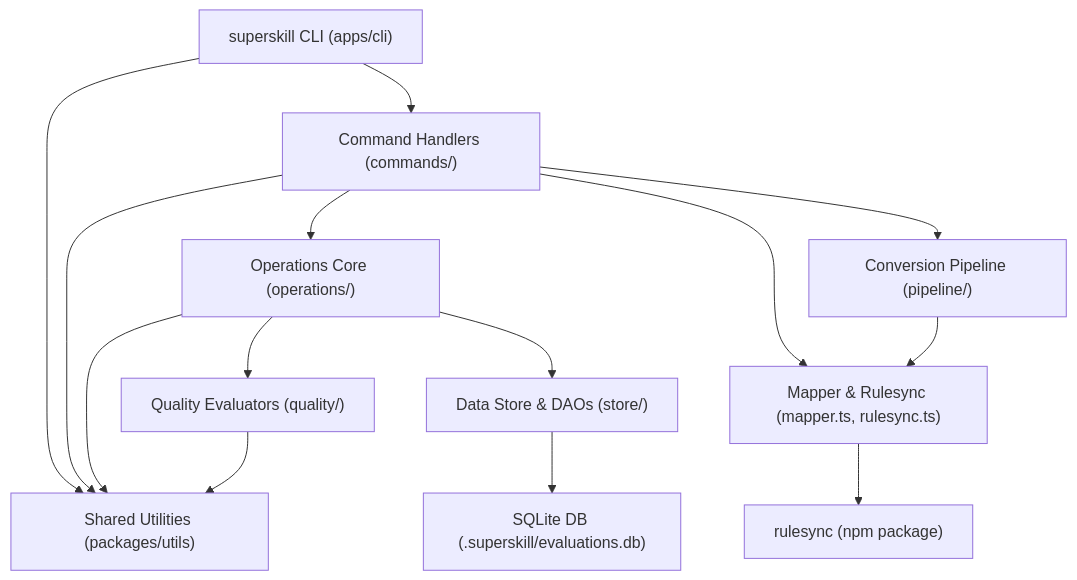
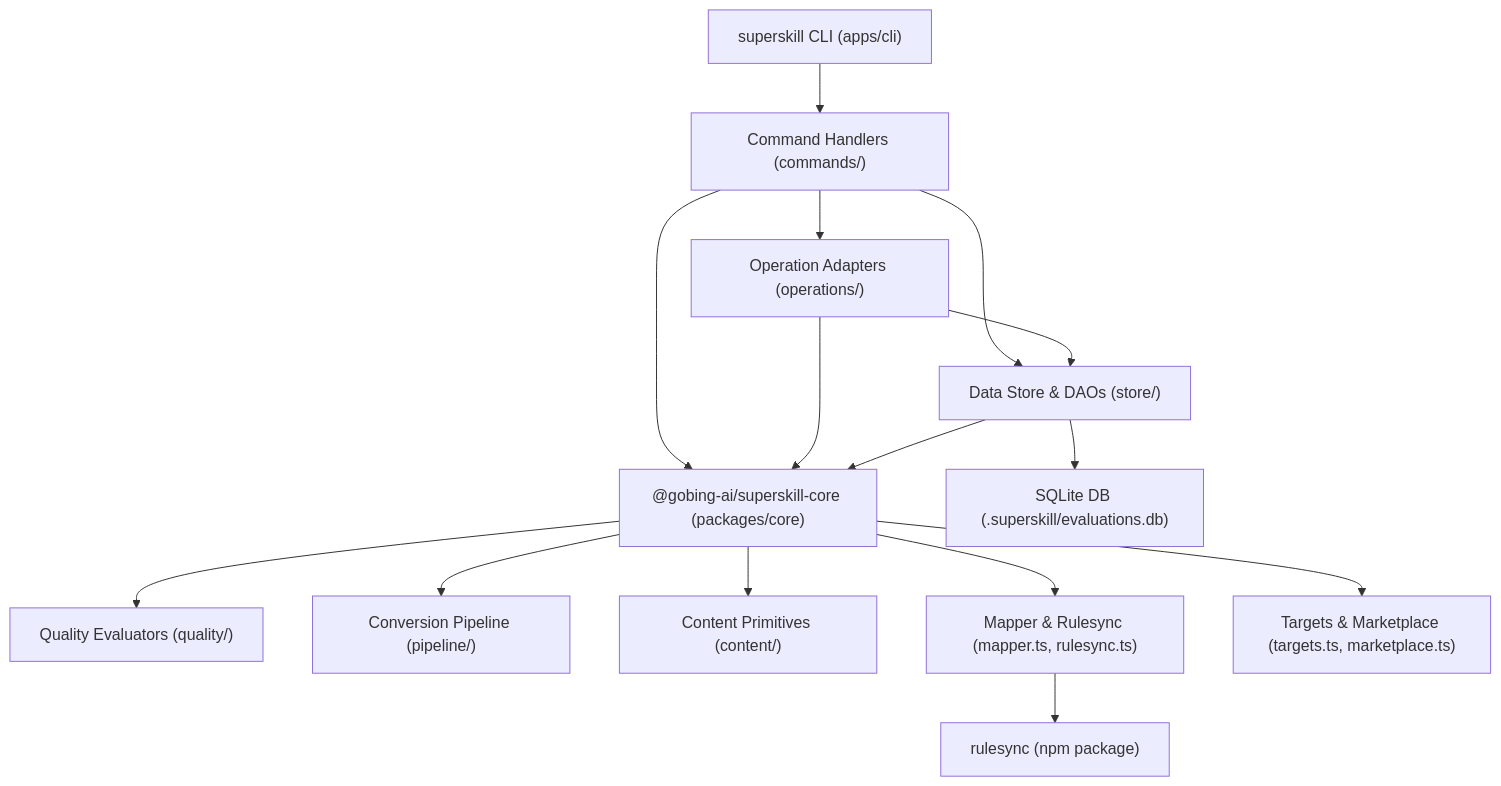
One commit to gobing-ai/superskill changed the first of 8 diagrams in docs/03_ARCHITECTURE.md. Above: the diagram before and after it, drawn with Mermaid. The commit also changed other lines of this file and 79 other files, not shown here.

First line of the commit message:
refactor(cli): extract core domain logic into packages/core (task 0043, phase 1)

````diff
--- a/docs/03_ARCHITECTURE.md
+++ b/docs/03_ARCHITECTURE.md
@@ -32,27 +32,30 @@
 ```mermaid
 graph TD
     CLI["superskill CLI (apps/cli)"]
     CMDS["Command Handlers (commands/)"]
-    OPS["Operations Core (operations/)"]
+    OPS["Operation Adapters (operations/)"]
+    STORE["Data Store & DAOs (store/)"]
+
+    CORE["@gobing-ai/superskill-core (packages/core)"]
     QUAL["Quality Evaluators (quality/)"]
     PIPE["Conversion Pipeline (pipeline/)"]
-    STORE["Data Store & DAOs (store/)"]
+    CONTENT["Content Primitives (content/)"]
     MAPPER["Mapper & Rulesync (mapper.ts, rulesync.ts)"]
-    UTILS["Shared Utilities (packages/utils)"]
+    TARGETS["Targets & Marketplace (targets.ts, marketplace.ts)"]
 
     CLI --> CMDS
     CMDS --> OPS
-    CMDS --> MAPPER
-    CMDS --> PIPE
-    OPS --> QUAL
+    CMDS --> STORE
     OPS --> STORE
-    PIPE --> MAPPER
+
+    CMDS --> CORE
+    OPS --> CORE
+    STORE --> CORE
+    CORE --> QUAL
+    CORE --> PIPE
+    CORE --> CONTENT
+    CORE --> MAPPER
+    CORE --> TARGETS
     MAPPER --> RS_PKG["rulesync (npm package)"]
     STORE --> SQLite["SQLite DB (.superskill/evaluations.db)"]
-
-    %% Dependencies on utils
-    CLI --> UTILS
-    CMDS --> UTILS
-    OPS --> UTILS
-    QUAL --> UTILS
 ```
````
